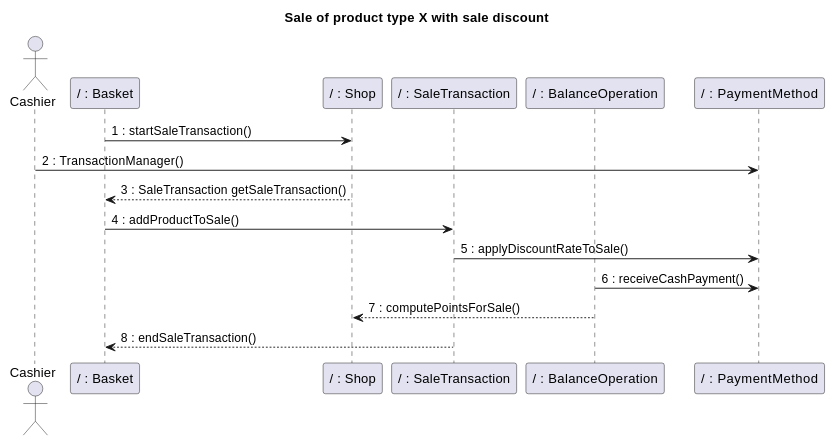
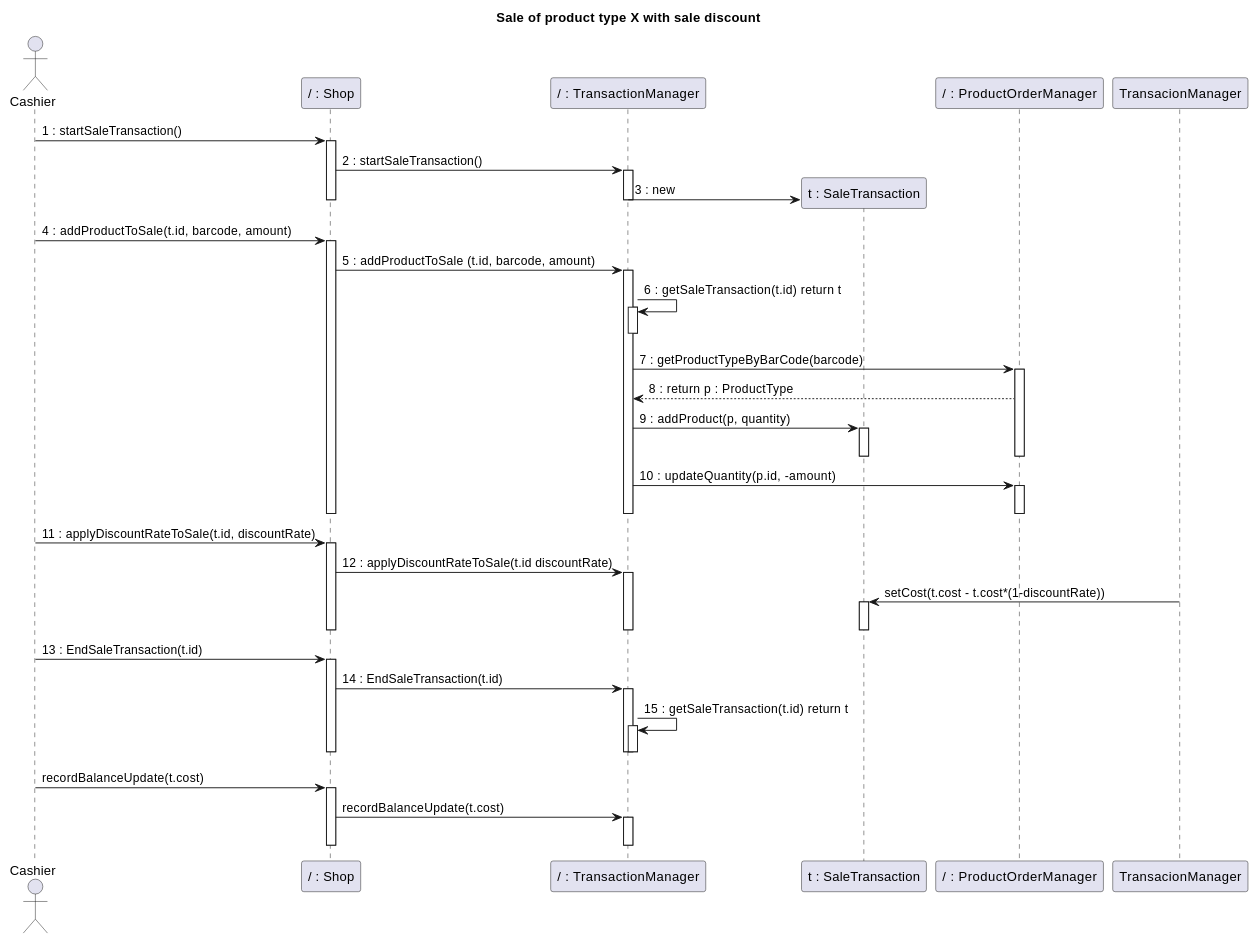
Diagram 22 of 30 in Deliverables/DesignDocument.md (nicolabattaglino/ezshop), drawn with PlantUML before and after one commit. The commit also changed other lines of this file, not shown here.

````diff
--- a/Deliverables/DesignDocument.md
+++ b/Deliverables/DesignDocument.md
@@ -1063,26 +1113,75 @@
 ```plantuml
 @startuml
 
 title
 Sale of product type X with sale discount
 end title
 
 actor Cashier
 
-participant "/ : Basket" as Basket
 participant "/ : Shop" as Shop
-participant "/ : SaleTransaction" as SaleTransaction
-participant "/ : BalanceOperation" as BalanceOperation
-participant "/ : PaymentMethod" as PaymentMethod
+participant "/ : TransactionManager" as TransactionManager
+participant "t : SaleTransaction"  as SaleTransaction
+participant "/ : ProductOrderManager" as ProductOrderManager
 
-Basket -> Shop: 1 : startSaleTransaction()
-Cashier -> PaymentMethod: 2 : TransactionManager()
-Shop --> Basket: 3 : SaleTransaction getSaleTransaction()
-Basket ->  SaleTransaction: 4 : addProductToSale()
-SaleTransaction -> PaymentMethod : 5 : applyDiscountRateToSale()
-BalanceOperation -> PaymentMethod : 6 : receiveCashPayment()
-BalanceOperation --> Shop: 7 : computePointsForSale()
-SaleTransaction --> Basket: 8 : endSaleTransaction()
+Cashier -> Shop: 1 : startSaleTransaction()
+activate Shop
+Shop -> TransactionManager : 2 : startSaleTransaction()
+activate TransactionManager
+create SaleTransaction
+TransactionManager -> SaleTransaction: 3 : new
+deactivate TransactionManager
+deactivate Shop
+Cashier -> Shop : 4 : addProductToSale(t.id, barcode, amount)
+activate Shop
+Shop -> TransactionManager: 5 : addProductToSale (t.id, barcode, amount)
+ 
 
+activate TransactionManager
+TransactionManager -> TransactionManager: 6 : getSaleTransaction(t.id) return t
+activate TransactionManager
+deactivate TransactionManager
+TransactionManager -> ProductOrderManager: 7 : getProductTypeByBarCode(barcode)
+activate ProductOrderManager
+
+
+TransactionManager <-- ProductOrderManager : 8 : return p : ProductType
+
+TransactionManager -> SaleTransaction : 9 : addProduct(p, quantity)
+activate SaleTransaction
+deactivate SaleTransaction
+deactivate ProductOrderManager
+TransactionManager -> ProductOrderManager: 10 : updateQuantity(p.id, -amount)
+activate ProductOrderManager
+deactivate ProductOrderManager
+deactivate TransactionManager
+deactivate Shop
+
+Cashier -> Shop : 11 : applyDiscountRateToSale(t.id, discountRate)
+activate Shop
+Shop -> TransactionManager : 12 : applyDiscountRateToSale(t.id discountRate)
+activate TransactionManager
+TransacionManager -> SaleTransaction : setCost(t.cost - t.cost*(1-discountRate))
+activate SaleTransaction
+deactivate SaleTransaction
+deactivate TransactionManager
+deactivate Shop
+
+Cashier -> Shop : 13 : EndSaleTransaction(t.id)
+activate Shop
+Shop -> TransactionManager : 14 : EndSaleTransaction(t.id)
+activate TransactionManager
+TransactionManager -> TransactionManager : 15 : getSaleTransaction(t.id) return t
+activate TransactionManager
+deactivate TransactionManager
+deactivate TransactionManager
+deactivate Shop
+
+Cashier -> Shop : recordBalanceUpdate(t.cost)
+activate Shop
+Shop -> TransactionManager : recordBalanceUpdate(t.cost)
+activate TransactionManager
+deactivate TransactionManager
+deactivate Shop
 @enduml
 ```
````
